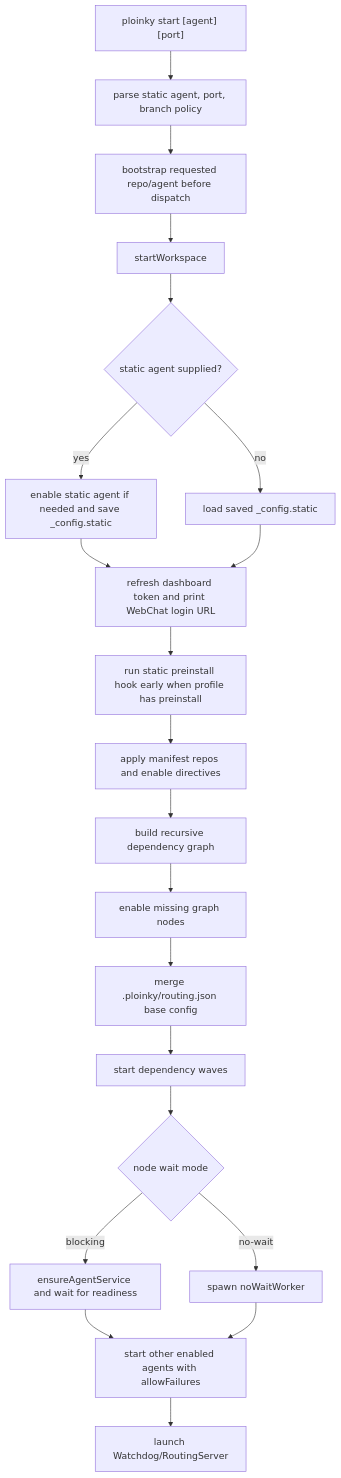
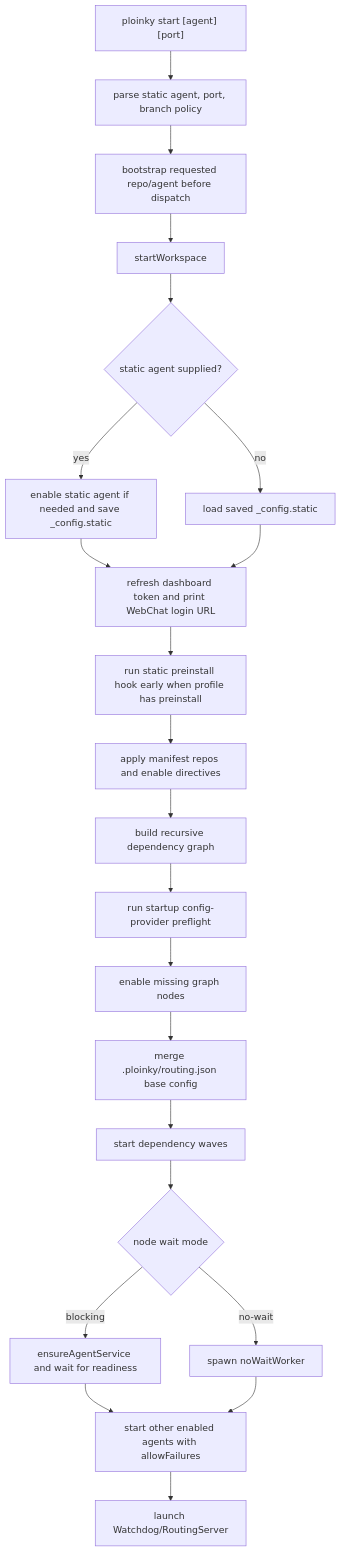
Before and after one commit to AssistOS-AI/ploinky: the second of 5 diagrams in docs/code-derived-agent-lifecycle.md, drawn with Mermaid. The commit also changed other lines of this file and 15 other files, not shown here.

Commit message:
Add startup config providers

````diff
--- a/docs/code-derived-agent-lifecycle.md
+++ b/docs/code-derived-agent-lifecycle.md
@@ -240,23 +243,24 @@
 ```mermaid
 flowchart TD
   A["ploinky start [agent] [port]"] --> B["parse static agent, port, branch policy"]
   B --> C["bootstrap requested repo/agent before dispatch"]
   C --> D["startWorkspace"]
   D --> E{"static agent supplied?"}
   E -- yes --> F["enable static agent if needed and save _config.static"]
   E -- no --> G["load saved _config.static"]
   F --> H["refresh dashboard token and print WebChat login URL"]
   G --> H
   H --> I["run static preinstall hook early when profile has preinstall"]
   I --> J["apply manifest repos and enable directives"]
   J --> K["build recursive dependency graph"]
-  K --> L["enable missing graph nodes"]
+  K --> KP["run startup config-provider preflight"]
+  KP --> L["enable missing graph nodes"]
   L --> M["merge .ploinky/routing.json base config"]
   M --> N["start dependency waves"]
   N --> O{"node wait mode"}
   O -- blocking --> P["ensureAgentService and wait for readiness"]
   O -- no-wait --> Q["spawn noWaitWorker"]
   P --> R["start other enabled agents with allowFailures"]
   Q --> R
   R --> S["launch Watchdog/RoutingServer"]
 ```
````
